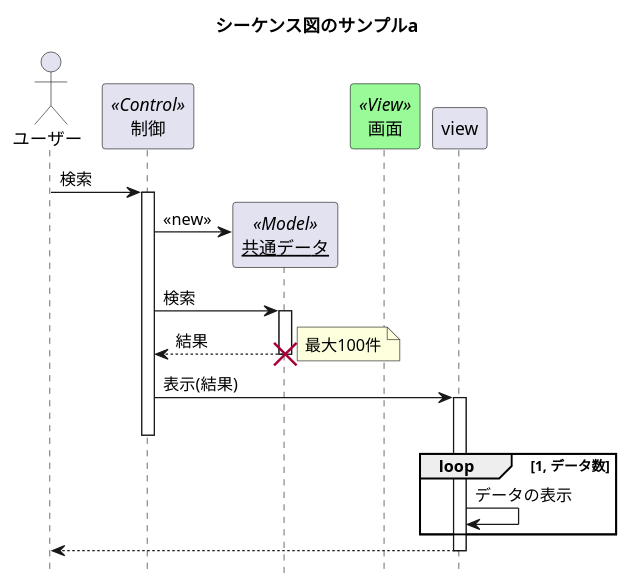
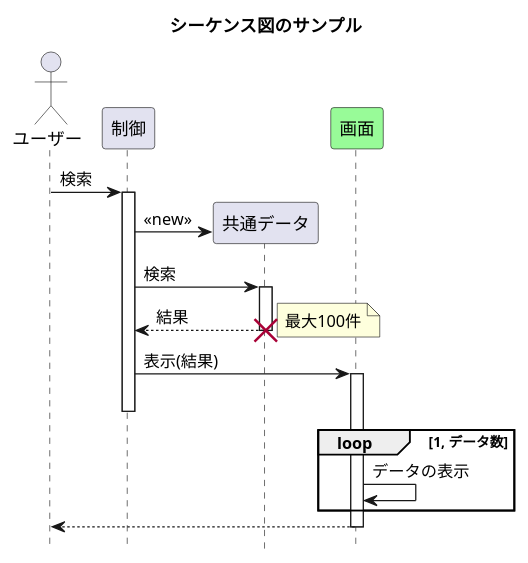
The diagram in AsciiDocSample.adoc (hiroki-fukushima-work/AsciiDocSample), drawn with PlantUML before and after one commit. The commit also changed 11 other files, not shown here.

```diff
--- a/AsciiDocSample.adoc
+++ b/AsciiDocSample.adoc
@@ -226,33 +226,32 @@
 [plantuml,generated-image-format="svg"]
 ----
 @startuml
-title シーケンス図のサンプルa
+title "シーケンス図のサンプル"
 hide footbox
 
-actor ユーザー as user
-participant 制御 as control <<Control>>
-participant "<u>共通データ</u>" as model <<Model>>
-participant 画面 <<View>> #98FB98
+actor "ユーザー" as user
+participant "制御" as control
+participant "共通データ" as model
+participant "画面" as view #98FB98
 
 user -> control : 検索
 activate control
 create model
-control -> model : << new >>
+control -> model : «new»
 control -> model : 検索
 activate model
 control <-- model : 結果
 note right : 最大100件
 deactivate model
 destroy model
 
 control -> view : 表示(結果)
 activate view
 deactivate control
 loop 1, データ数
   view -> view : データの表示
 end
 view --> user
 deactivate view
-
 @enduml
 ----
```
